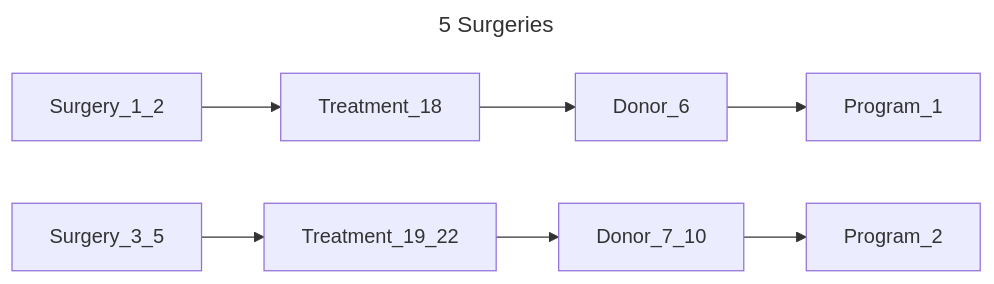
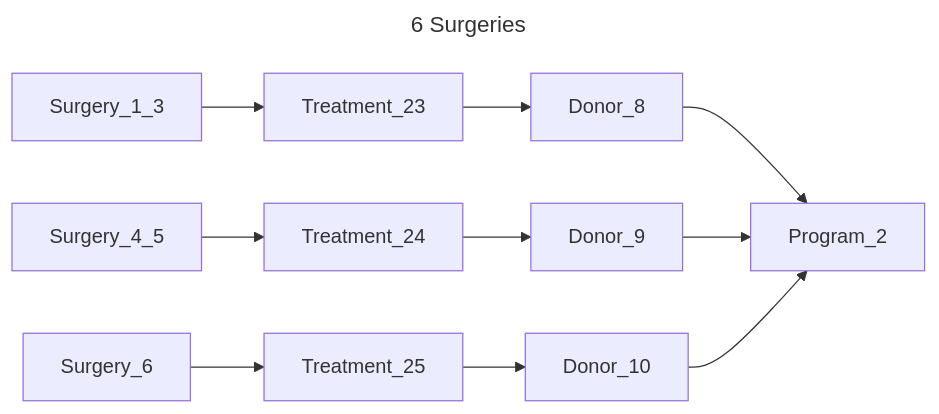
Before and after one commit to bento-platform/katsu: the tenth of 14 diagrams in chord_metadata_service/mohpackets/data/small_dataset/README.md, drawn with Mermaid. The commit also changed other lines of this file, not shown here.

````diff
--- a/chord_metadata_service/mohpackets/data/small_dataset/README.md
+++ b/chord_metadata_service/mohpackets/data/small_dataset/README.md
@@ -136,8 +146,9 @@
 ```mermaid
 ---
-title: 5 Surgeries
+title: 6 Surgeries
 ---
 graph LR;  
-  Surgery_1_2 --> Treatment_18 --> Donor_6 --> Program_1;  
-  Surgery_3_5 --> Treatment_19_22 --> Donor_7_10 --> Program_2;
+  Surgery_1_3 --> Treatment_23 --> Donor_8 --> Program_2;  
+  Surgery_4_5 --> Treatment_24 --> Donor_9 --> Program_2; 
+  Surgery_6 --> Treatment_25 --> Donor_10 --> Program_2; 
 ```
````
